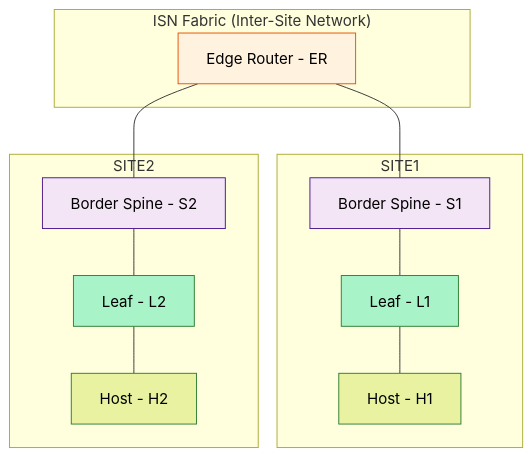
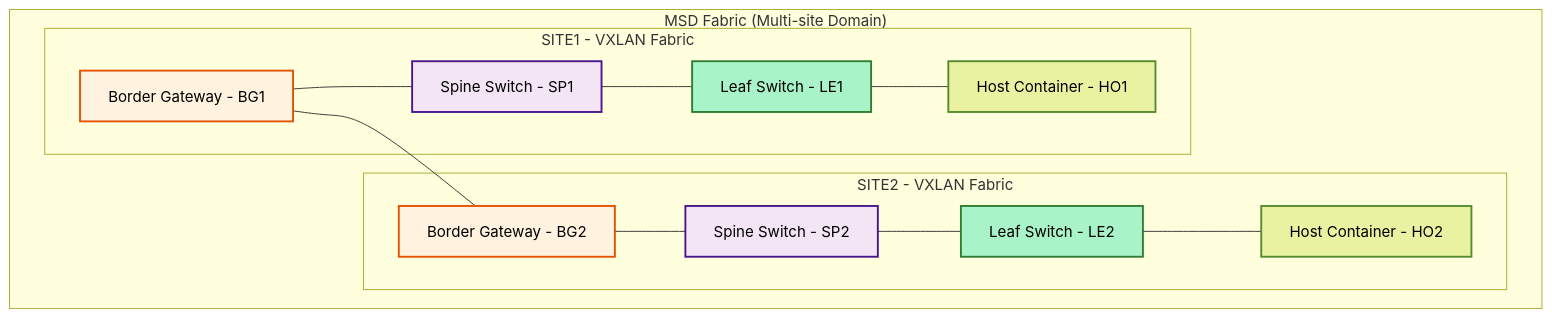
One commit to allenrobel/n9kv-kvm changed the diagram in README.md. Above: the diagram before and after it, drawn with Mermaid. The commit also changed other lines of this file and 1 other file, not shown here.

````diff
--- a/README.md
+++ b/README.md
@@ -228,43 +222,44 @@
 ```mermaid
-graph TB
-    subgraph ISN["ISN Fabric (Inter-Site Network)"]
-        ER[Edge Router - ER]
+graph TD
+    subgraph MSD["MSD Fabric (Multi-site Domain)"]
+        subgraph SITE2["SITE2 - VXLAN Fabric"]
+            BG2[Border Gateway - BG2]
+            SP2[Spine Switch - SP2]
+            LE2[Leaf Switch - LE2]
+            HO2[Host Container - HO2]
+            
+            %% SITE2 fabric connections (top-down)
+            BG2 --- SP2
+            SP2 --- LE2
+            LE2 --- HO2
+        end
+
+        subgraph SITE1["SITE1 - VXLAN Fabric"]
+            BG1[Border Gateway - BG1]
+            SP1[Spine Switch - SP1]
+            LE1[Leaf Switch - LE1]
+            HO1[Host Container - HO1]
+            
+            %% SITE1 fabric connections (top-down)
+            BG1 --- SP1
+            SP1 --- LE1
+            LE1 --- HO1
+        end
+
+        %% Inter-fabric connection (MSD backbone)
+        BG1 --- BG2
     end
 
-    subgraph SITE1["SITE1"]
-        S1[Border Spine - S1]
-        L1[Leaf - L1]
-        H1[Host - H1]
-        
-        %% SITE1 fabric connections
-        S1 --- L1
-        L1 --- H1
-    end
+    %% Styling
+    classDef msdBox fill:#e3f2fd,stroke:#0d47a1,stroke-width:3px
+    classDef siteBox fill:#f1f8e9,stroke:#33691e,stroke-width:2px
+    classDef borderGateway fill:#fff3e0,stroke:#e65100,stroke-width:2px,color:#000000
+    classDef spine fill:#f3e5f5,stroke:#4a148c,stroke-width:2px,color:#000000
+    classDef leaf fill:#a8f3c8,stroke:#2e7d32,stroke-width:2px,color:#000000
+    classDef host fill:#e8f2a0,stroke:#558b2f,stroke-width:2px,color:#000000
 
-    subgraph SITE2["SITE2"]
-        S2[Border Spine - S2]
-        L2[Leaf - L2]
-        H2[Host - H2]
-        
-        %% SITE2 fabric connections
-        S2 --- L2
-        L2 --- H2
-    end
-
-    %% Inter-fabric connection
-    ER --- S1
-    ER --- S2
-
-    %% Styling
-    classDef fabricBox fill:#e1f5fe,stroke:#01579b,stroke-width:2px
-    classDef edgeRouter fill:#fff3e0,stroke:#e65100,stroke-width:1px,color:#000000
-    classDef borderSpine fill:#f3e5f5,stroke:#4a148c,stroke-width:1px,color:#000000
-    classDef leaf fill:#a8f3c8,stroke:#2e7d32,stroke-width:1px,color:#000000
-    classDef host fill:#e8f2a0,stroke:#2e7d32,stroke-width:1px,color:#000000
-
-    class ER edgeRouter
-    class S1,S2 borderSpine
-    class L1,L2 leaf
-    class H1,H2 host
-        
+    class BG1,BG2 borderGateway
+    class SP1,SP2 spine
+    class LE1,LE2 leaf
+    class HO1,HO2 host
 ```
````
